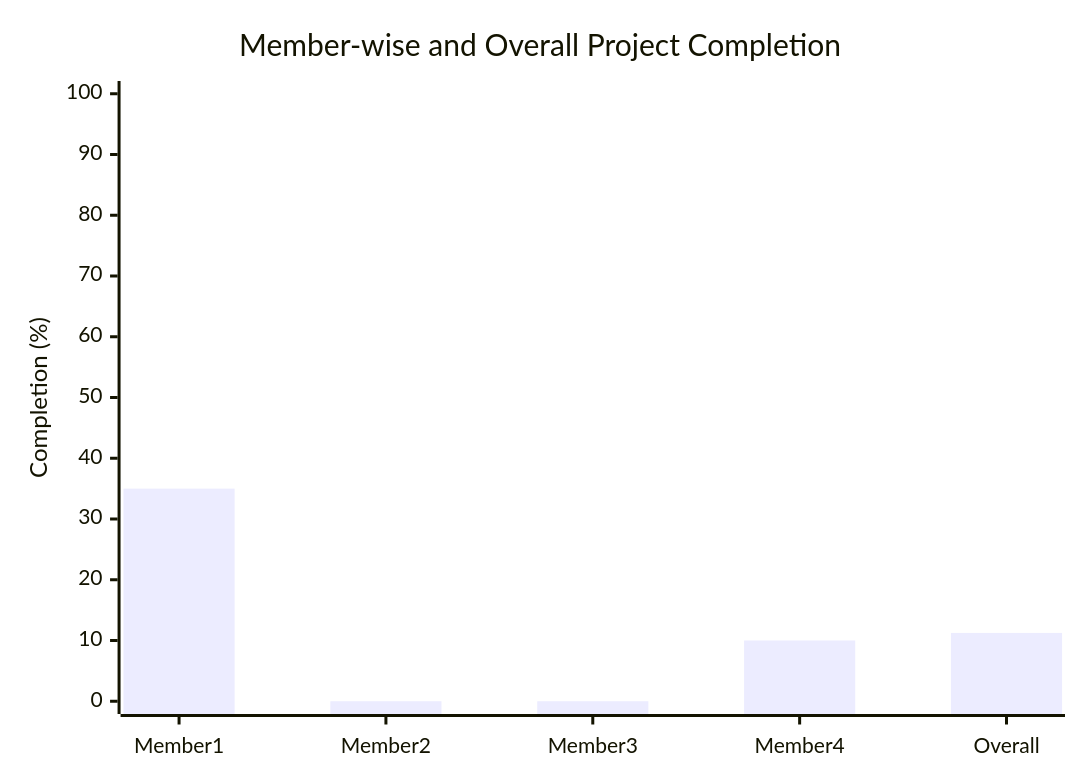
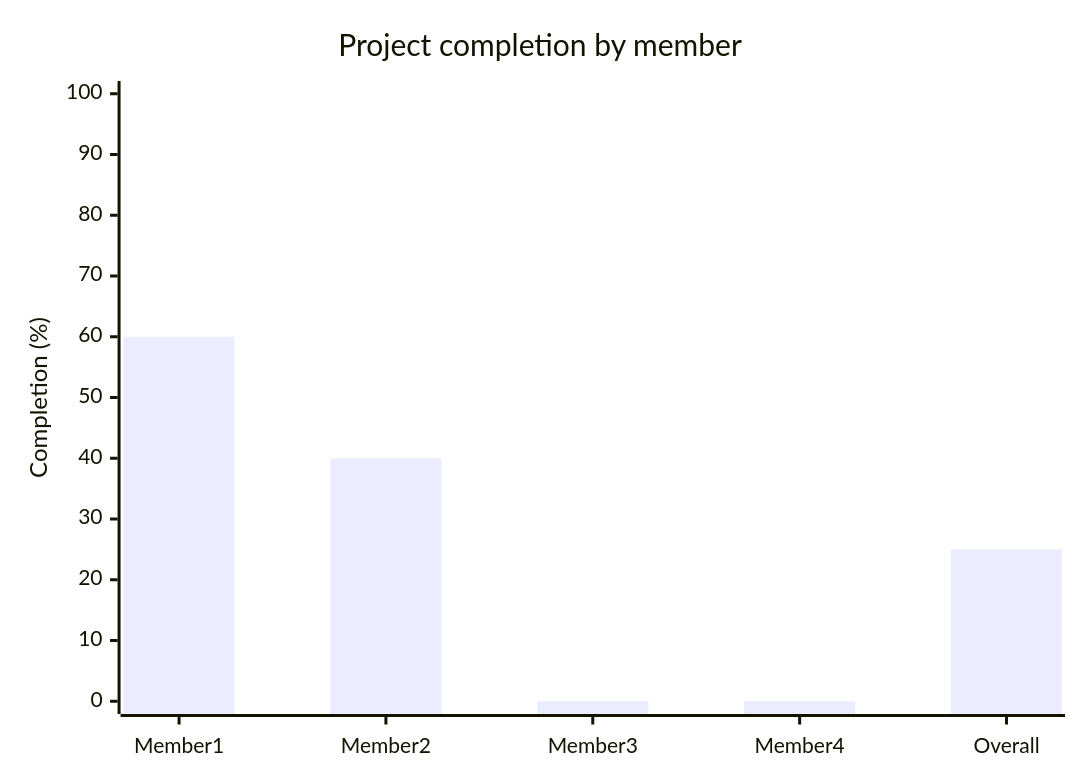
Before and after one commit to VAST-CSE/2023-27-MAIN-C7-SIVA-VINOD: the second of 2 diagrams in README.md, drawn with Mermaid. The commit also changed other lines of this file, not shown here.

Commit message:
Update project development roadmap

````diff
--- a/README.md
+++ b/README.md
@@ -284,7 +342,7 @@
 ```mermaid
 xychart-beta
-    title "Member-wise and Overall Project Completion"
+    title "Project completion by member"
     x-axis [Member 1, Member 2, Member 3, Member 4, Overall]
     y-axis "Completion (%)" 0 --> 100
-    bar [35, 0, 0, 10, 11.25]
+    bar [60, 40, 0, 0, 25]
 ```
````
